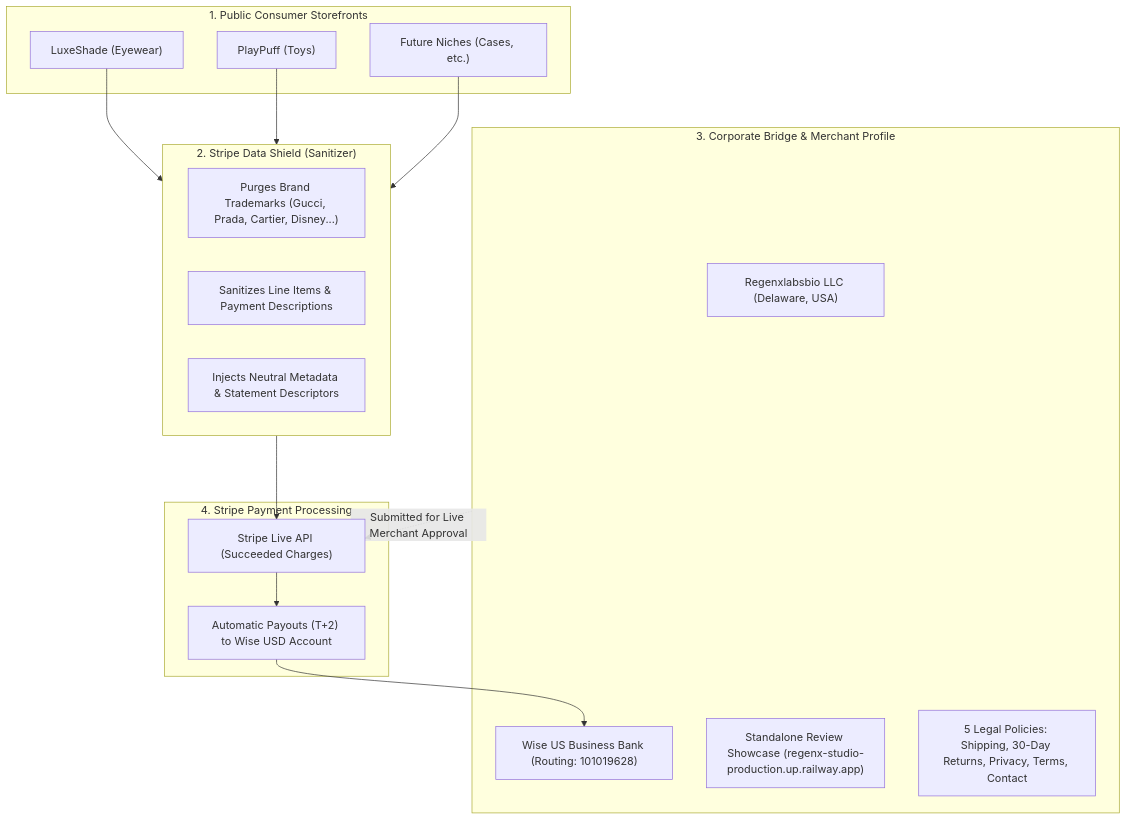
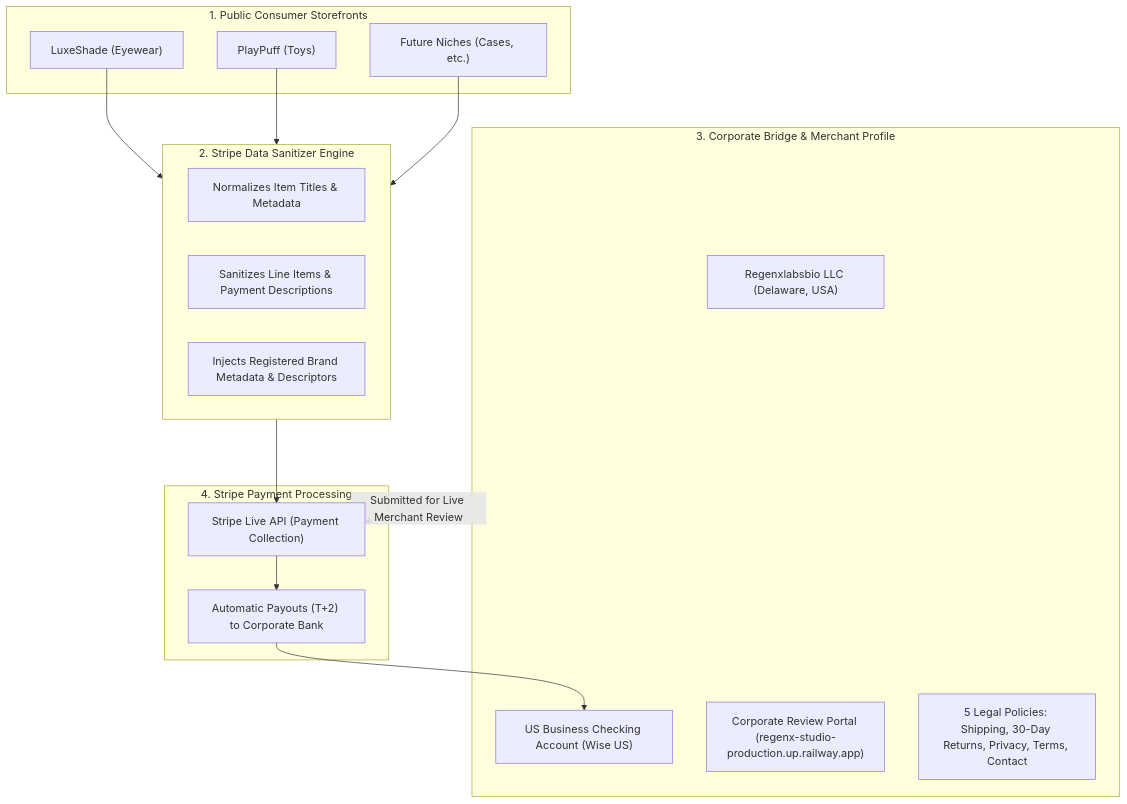
One commit to PacificPep26/Web-sale changed the diagram in docs/STRIPE_GATEWAY_ARCHITECTURE.md. Above: the diagram before and after it, drawn with Mermaid. The commit also changed other lines of this file, not shown here.

Commit message:
security: redact plain bank details and standardize compliance terms in STRIPE_GATEWAY_ARCHITECTURE.md

````diff
--- a/docs/STRIPE_GATEWAY_ARCHITECTURE.md
+++ b/docs/STRIPE_GATEWAY_ARCHITECTURE.md
@@ -23,32 +23,32 @@
 ```mermaid
 flowchart TD
     subgraph FrontStores ["1. Public Consumer Storefronts"]
         E1["LuxeShade (Eyewear)"]
         T1["PlayPuff (Toys)"]
         N1["Future Niches (Cases, etc.)"]
     end
 
-    subgraph DataShield ["2. Stripe Data Shield (Sanitizer)"]
-        S1["Purges Brand Trademarks (Gucci, Prada, Cartier, Disney...)"]
+    subgraph DataShield ["2. Stripe Data Sanitizer Engine"]
+        S1["Normalizes Item Titles & Metadata"]
         S2["Sanitizes Line Items & Payment Descriptions"]
-        S3["Injects Neutral Metadata & Statement Descriptors"]
+        S3["Injects Registered Brand Metadata & Descriptors"]
     end
 
     subgraph CorporateEntity ["3. Corporate Bridge & Merchant Profile"]
         L1["Regenxlabsbio LLC (Delaware, USA)"]
-        W1["Wise US Business Bank (Routing: 101019628)"]
-        P1["Standalone Review Showcase (regenx-studio-production.up.railway.app)"]
+        W1["US Business Checking Account (Wise US)"]
+        P1["Corporate Review Portal (regenx-studio-production.up.railway.app)"]
         POL["5 Legal Policies: Shipping, 30-Day Returns, Privacy, Terms, Contact"]
     end
 
     subgraph StripeCloud ["4. Stripe Payment Processing"]
-        ST1["Stripe Live API (Succeeded Charges)"]
-        ST2["Automatic Payouts (T+2) to Wise USD Account"]
+        ST1["Stripe Live API (Payment Collection)"]
+        ST2["Automatic Payouts (T+2) to Corporate Bank"]
     end
 
     E1 & T1 & N1 --> DataShield
     DataShield --> ST1
-    CorporateEntity -.->|Submitted for Live Merchant Approval| ST1
+    CorporateEntity -.->|Submitted for Live Merchant Review| ST1
     ST1 --> ST2
     ST2 --> W1
 ```
````
